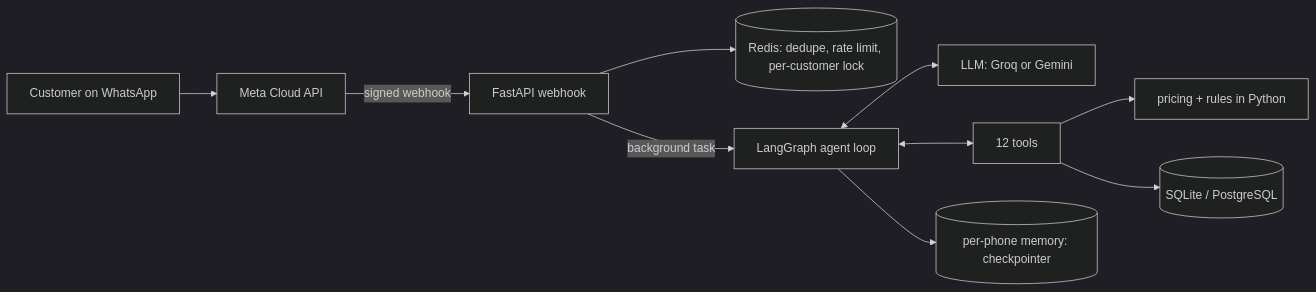
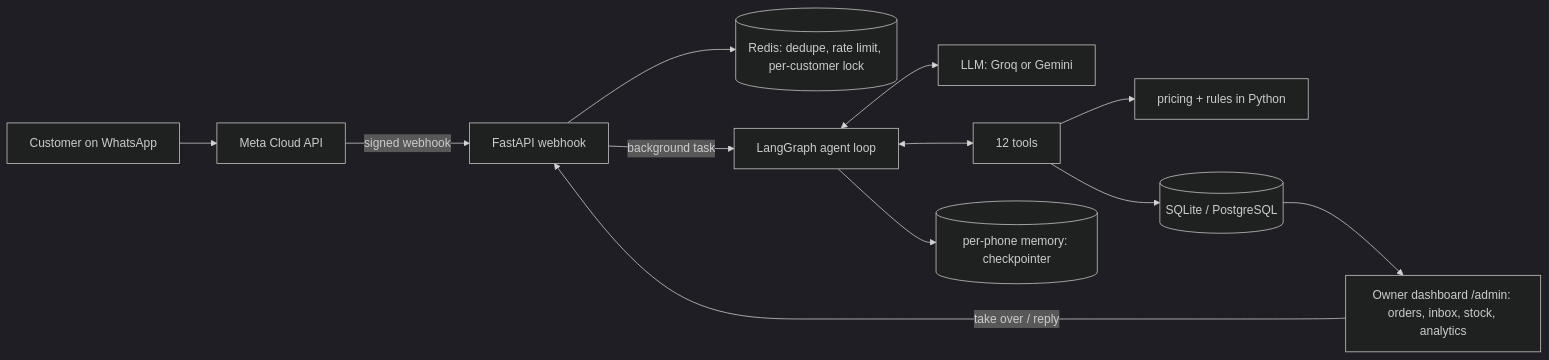
The diagram in README.md (abdurrafaykhann/sweet-crumbs-whatsapp-agent), drawn with Mermaid (dark theme) before and after one commit. The commit also changed other lines of this file and 3 other files, not shown here.

Commit message:
M9: README with architecture, evals section, improvement list; milestones updated

````diff
--- a/README.md
+++ b/README.md
@@ -7,12 +7,14 @@
 ```mermaid
 flowchart LR
   C[Customer on WhatsApp] --> M[Meta Cloud API]
   M -->|signed webhook| W[FastAPI webhook]
   W --> R[(Redis: dedupe, rate limit, per-customer lock)]
   W -->|background task| A[LangGraph agent loop]
   A <--> L[LLM: Groq or Gemini]
   A <--> T[12 tools]
   T --> P[pricing + rules in Python]
   T --> D[(SQLite / PostgreSQL)]
   A --> K[(per-phone memory: checkpointer)]
+  D --> O[Owner dashboard /admin: orders, inbox, stock, analytics]
+  O -->|take over / reply| W
 ```
````
